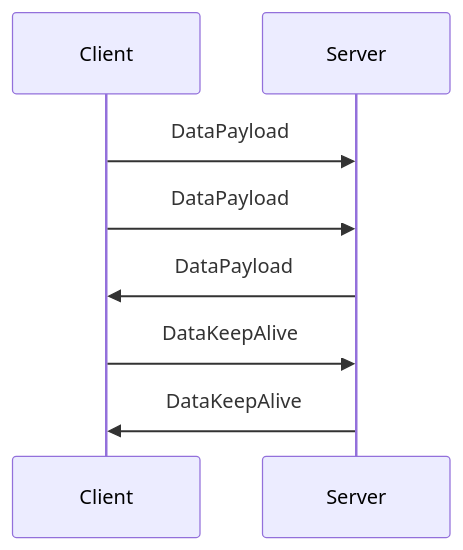
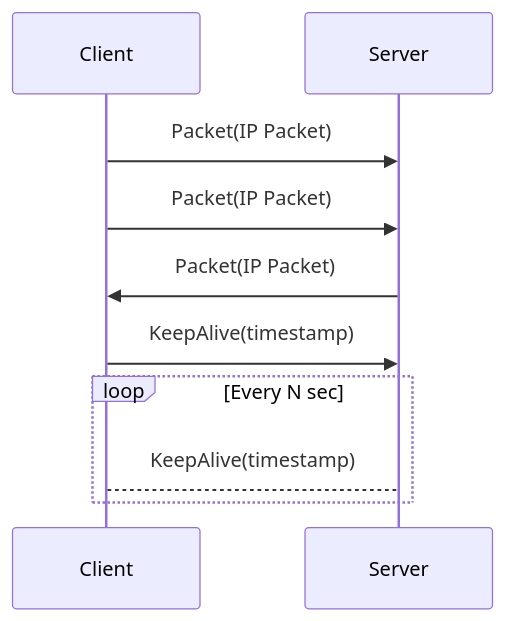
Before and after one commit to holynet-zone/vpn: the second of 2 diagrams in README.md, drawn with Mermaid. The commit also changed other lines of this file and 4 other files, not shown here.

Commit message:
refactor: rename Payload to Packet in DataServerBody and DataClientBody; update related references

````diff
--- a/README.md
+++ b/README.md
@@ -117,11 +117,13 @@
 ```mermaid
 sequenceDiagram
     participant Client
     participant Server
 
-    Client->>Server: DataPayload
-    Client->>Server: DataPayload
-    Server->>Client: DataPayload
-    Client->>Server: DataKeepAlive
-    Server->>Client: DataKeepAlive
+    Client->>Server: Packet(IP Packet)
+    Client->>Server: Packet(IP Packet)
+    Server->>Client: Packet(IP Packet)
+    Client->>Server: KeepAlive(timestamp)
+    loop Every N sec
+        Client-->Server: KeepAlive(timestamp)
+    end
 ```
````
